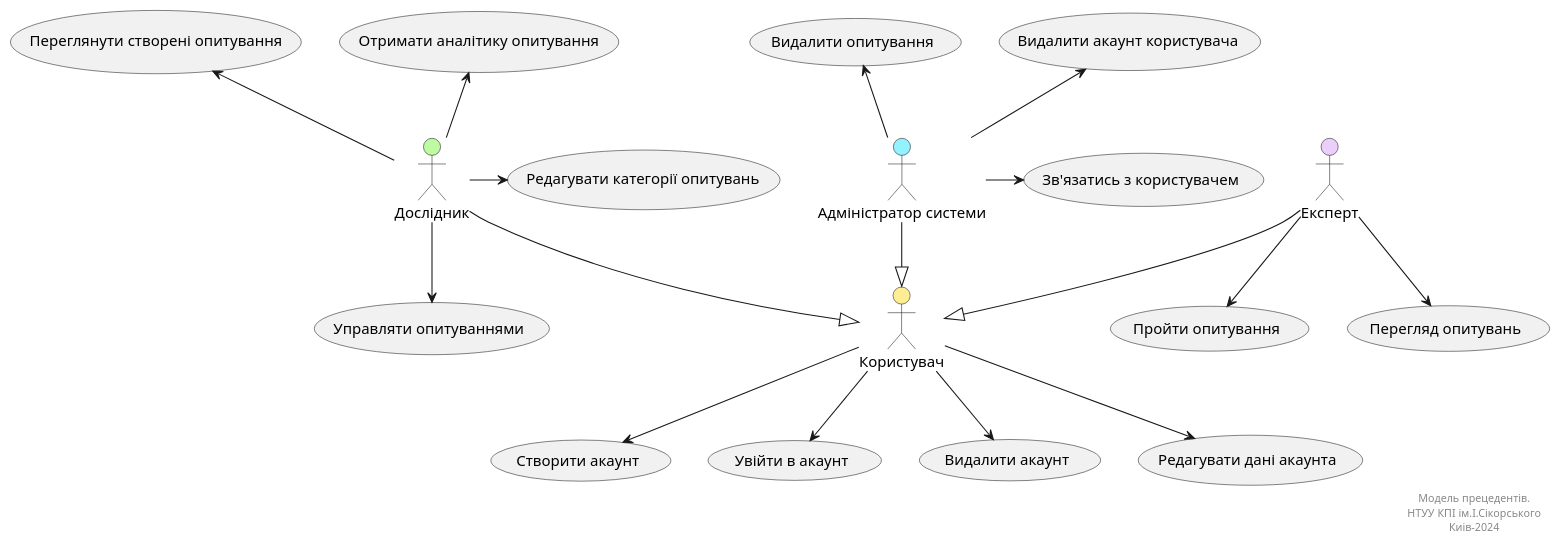
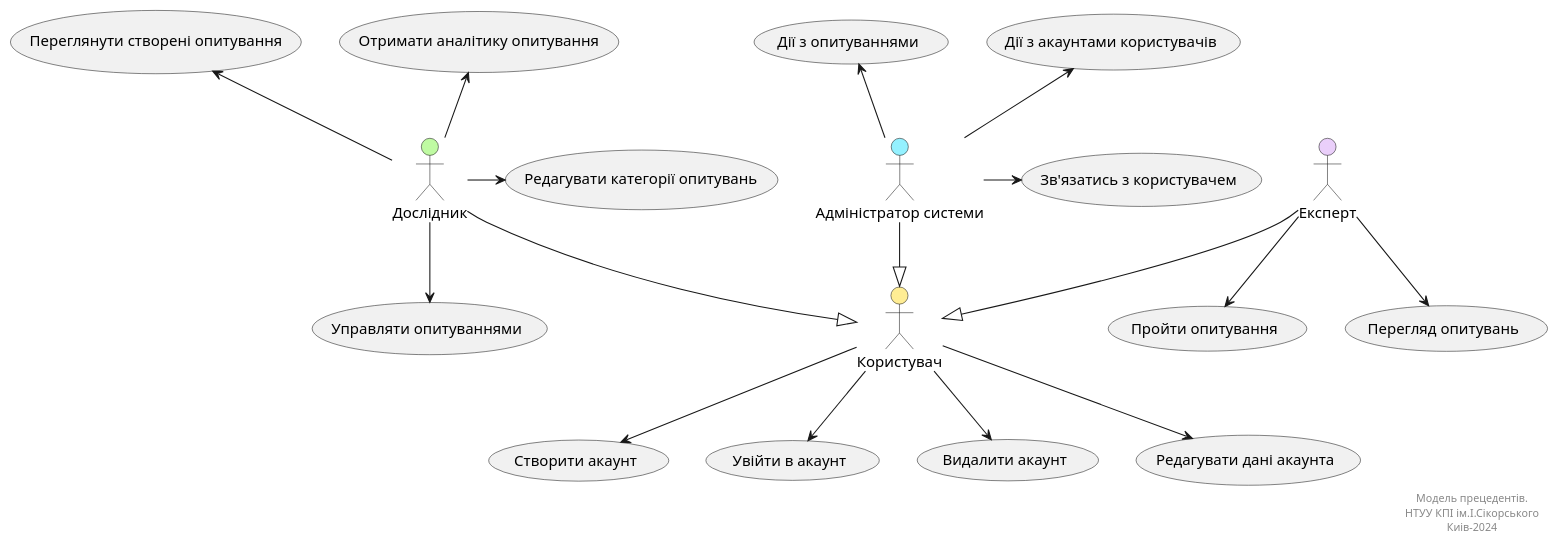
One commit to generalmaks/db_labs changed the first of 2 diagrams in docs/use_cases.md. Above: the diagram before and after it, drawn with PlantUML.

Commit message:
Update general use case diagram

````diff
--- a/docs/use_cases.md
+++ b/docs/use_cases.md
@@ -6,55 +6,55 @@
 ```plantuml
 @startuml
 
     actor "Користувач" as User #ffed94
     actor "Дослідник" as Researcher #bffaa2
     actor "Експерт" as Expert #eacffa
     actor "Адміністратор системи" as Admin #94f1ff
     
     usecase "Створити акаунт" as UC_1.1
     usecase "Увійти в акаунт" as UC_1.2  
     usecase "Видалити акаунт" as UC_1.3
     usecase "Редагувати дані акаунта" as UC_1.4
     
     usecase "Управляти опитуваннями" as UC_2.1    
     usecase "Отримати аналітику опитування" as UC_2.4
     usecase "Переглянути створені опитування" as UC_2.5
     usecase "Редагувати категорії опитувань" as UC_2.6
     
     usecase "Пройти опитування" as UC_3.1
     usecase "Перегляд опитувань" as UC_3.2
     
-    usecase "Видалити акаунт користувача" as UC_4.1
+    usecase "Дії з акаунтами користувачів" as UC_4.1
     usecase "Зв'язатись з користувачем" as UC_4.2
-    usecase "Видалити опитування" as UC_4.3
+    usecase "Дії з опитуваннями" as UC_4.3
 
     User --> UC_1.1
     User --> UC_1.2
     User --> UC_1.3
     User --> UC_1.4
     
     Researcher --|> User 
     Expert --|> User
     Admin --|> User
     
     Researcher --> UC_2.1
     Researcher -up-> UC_2.4
     Researcher -up-> UC_2.5
     Researcher -> UC_2.6
     
     Expert --> UC_3.1
     Expert --> UC_3.2
     
     
     Admin -up-> UC_4.1
     Admin -> UC_4.2
     Admin -up-> UC_4.3
     
     right footer
         Модель прецедентів.
         НТУУ КПІ ім.І.Сікорського
         Киів-2024
     end footer
 
 @enduml
 ```
````
